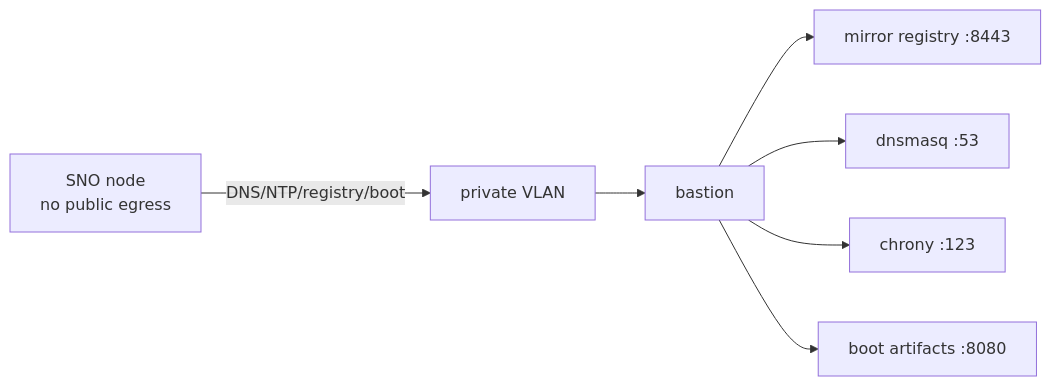
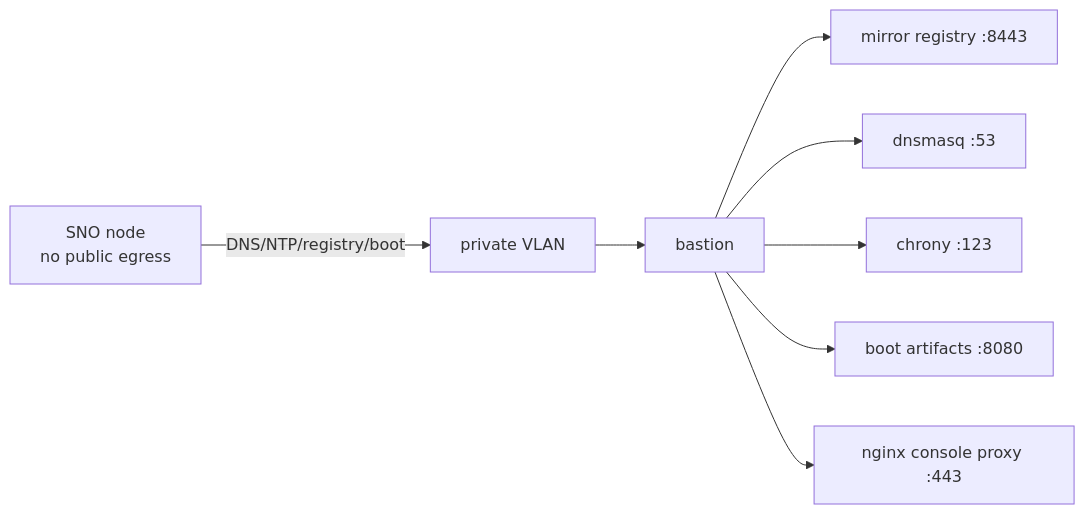
Before and after one commit to shpwrck/openshift-confidential-containers: the third of 5 diagrams in docs/install-guide.md, drawn with Mermaid. The commit also changed other lines of this file and 1 other file, not shown here.

Commit message:
Document public console proxy in overview

````diff
--- a/docs/install-guide.md
+++ b/docs/install-guide.md
@@ -344,9 +348,10 @@
 ```mermaid
 flowchart LR
   Node["SNO node\nno public egress"] -->|"DNS/NTP/registry/boot"| VLAN["private VLAN"]
   VLAN --> Bastion["bastion"]
   Bastion --> Mirror["mirror registry :8443"]
   Bastion --> DNS["dnsmasq :53"]
   Bastion --> NTP["chrony :123"]
   Bastion --> Boot["boot artifacts :8080"]
+  Bastion --> Console["nginx console proxy :443"]
 ```
````
